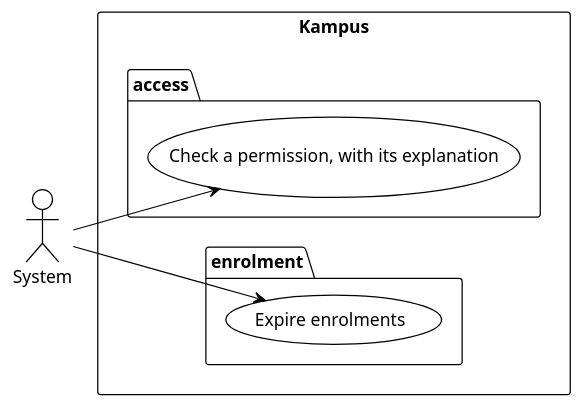
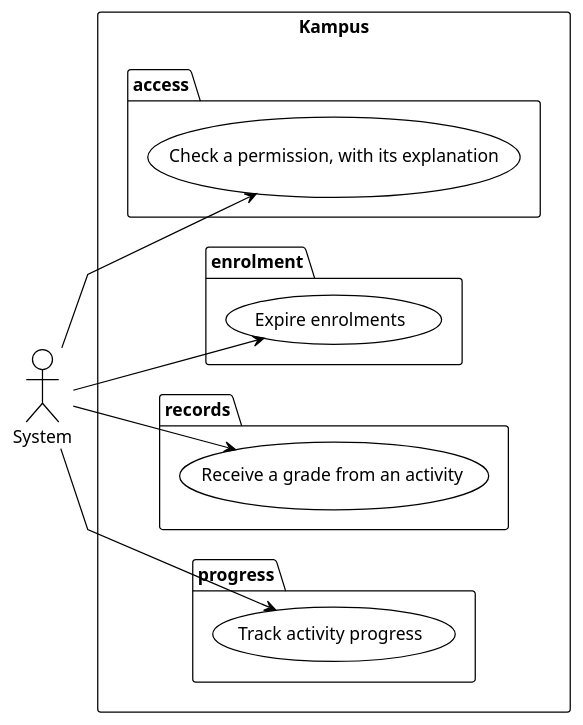
Before and after one commit to didactika/kampus: the diagram in docs/01-requirements/use-cases-system.puml, drawn with PlantUML. The commit also changed 187 other files, not shown here.

First line of the commit message:
docs(docs): design activities, academic records and progress

```diff
--- a/docs/01-requirements/use-cases-system.puml
+++ b/docs/01-requirements/use-cases-system.puml
@@ -1,20 +1,28 @@
 @startuml
 !theme plain
 skinparam linetype polyline
 left to right direction
 
 actor "System" as A_System
 
 rectangle "Kampus" {
   package "access" {
     usecase "Check a permission, with its explanation" as UC_checkPermission
   }
   package "enrolment" {
     usecase "Expire enrolments" as UC_expireEnrolments
   }
+  package "records" {
+    usecase "Receive a grade from an activity" as UC_receiveGrade
+  }
+  package "progress" {
+    usecase "Track activity progress" as UC_trackActivityProgress
+  }
 }
 
 A_System --> UC_checkPermission
 A_System --> UC_expireEnrolments
+A_System --> UC_receiveGrade
+A_System --> UC_trackActivityProgress
 
 @enduml
```
